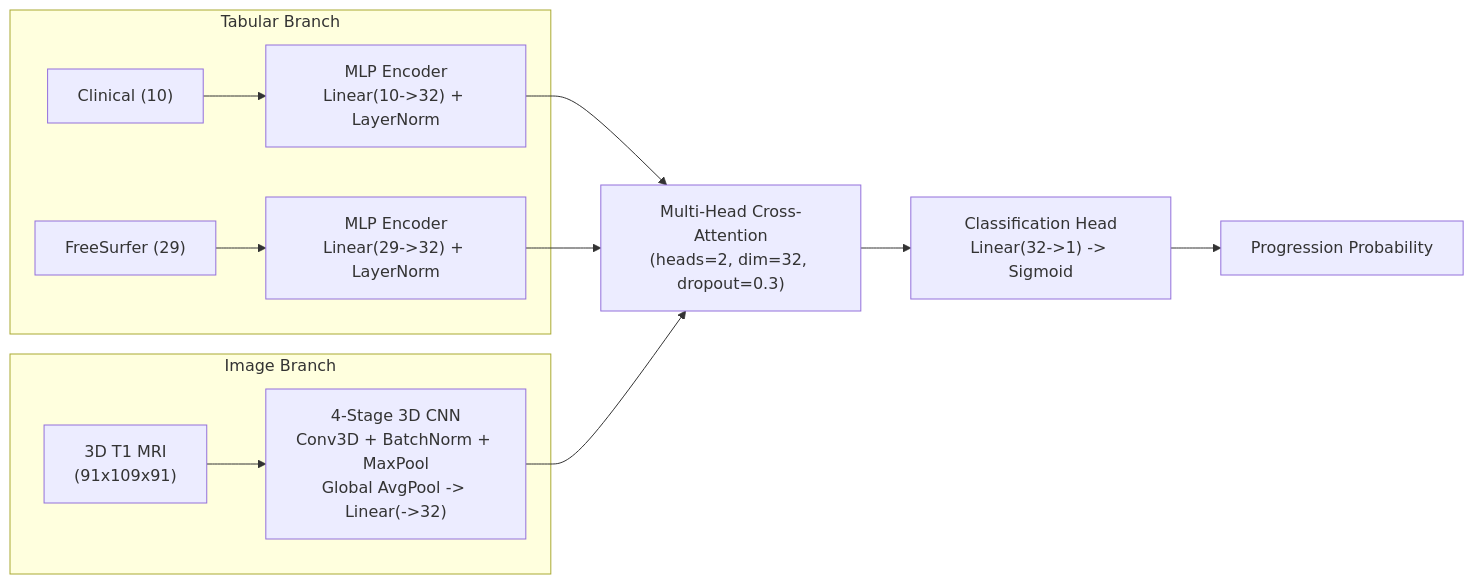
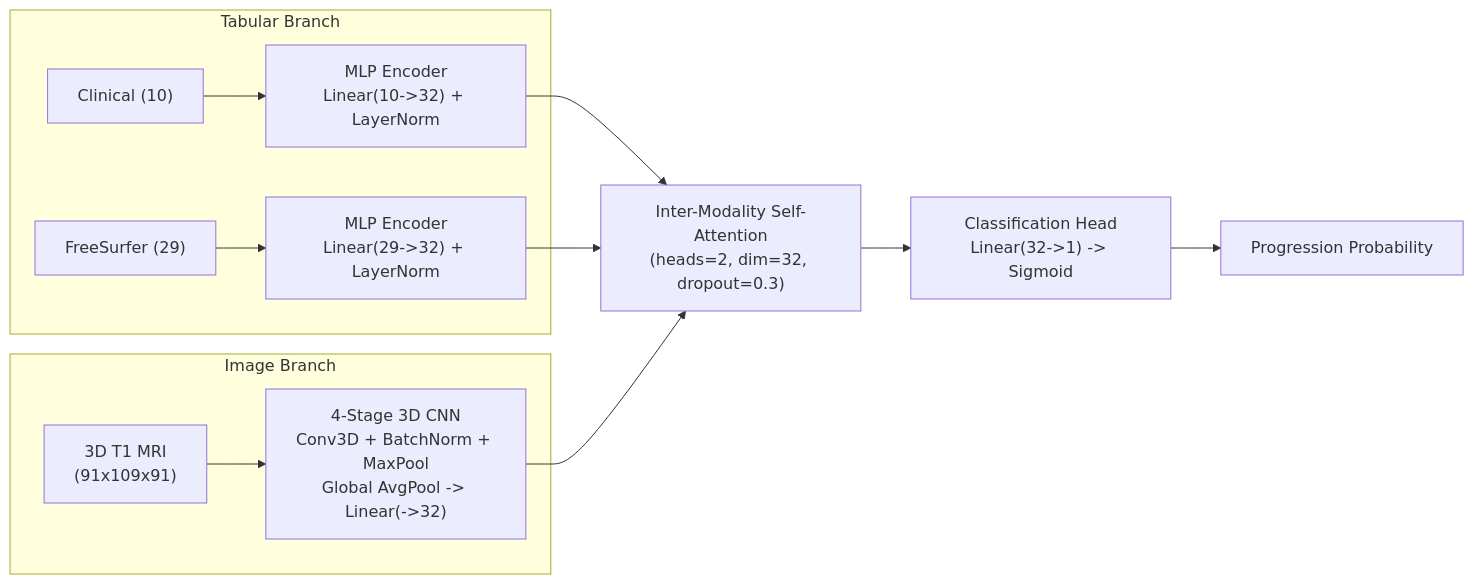
One commit to Lahari468/MCI_AD_Research changed the second of 2 diagrams in README.md. Above: the diagram before and after it, drawn with Mermaid. The commit also changed other lines of this file and 12 other files, not shown here.

````diff
--- a/README.md
+++ b/README.md
@@ -190,15 +190,15 @@
 ```mermaid
 flowchart LR
     subgraph Tabular Branch
         C["Clinical (10)"] --> EC["MLP Encoder<br>Linear(10->32) + LayerNorm"]
         F["FreeSurfer (29)"] --> EF["MLP Encoder<br>Linear(29->32) + LayerNorm"]
     end
     subgraph Image Branch
         M["3D T1 MRI<br>(91x109x91)"] --> CNN["4-Stage 3D CNN<br>Conv3D + BatchNorm + MaxPool<br>Global AvgPool -> Linear(->32)"]
     end
-    EC --> ATTN["Multi-Head Cross-Attention<br>(heads=2, dim=32, dropout=0.3)"]
+    EC --> ATTN["Inter-Modality Self-Attention<br>(heads=2, dim=32, dropout=0.3)"]
     EF --> ATTN
     CNN --> ATTN
     ATTN --> CLF["Classification Head<br>Linear(32->1) -> Sigmoid"]
     CLF --> P["Progression Probability"]
 ```
````
